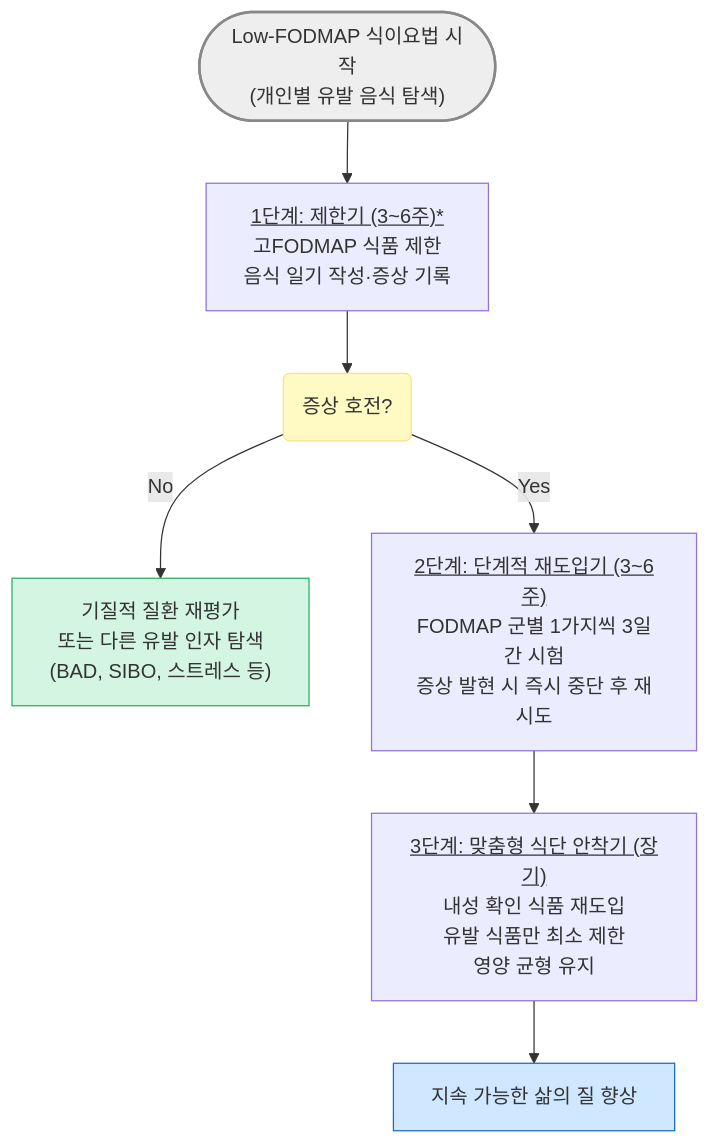
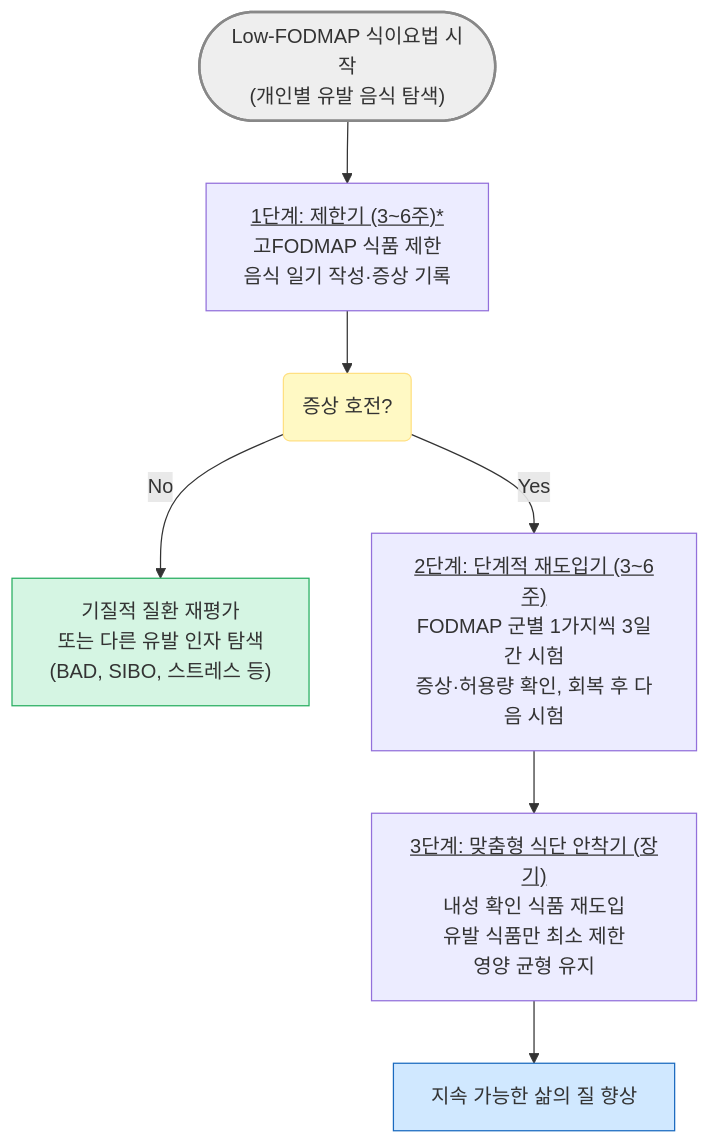
One commit to familyoh77/familyoh77 changed the second of 2 diagrams in 224_/087_-ibs.md. Above: the diagram before and after it, drawn with Mermaid. The commit also changed other lines of this file and 13 other files, not shown here.

````diff
--- a/224_/087_-ibs.md
+++ b/224_/087_-ibs.md
@@ -232,24 +236,24 @@
 ```mermaid
 graph TD
     Start(["Low-FODMAP 식이요법 시작<br>(개인별 유발 음식 탐색)"])
     P1["<u>1단계: 제한기 (3~6주)*</u><br>고FODMAP 식품 제한<br>음식 일기 작성·증상 기록"]
     Cond1("증상 호전?")
     P1_Fail["기질적 질환 재평가<br>또는 다른 유발 인자 탐색<br>(BAD, SIBO, 스트레스 등)"]
-    P2["<u>2단계: 단계적 재도입기 (3~6주)</u><br>FODMAP 군별 1가지씩 3일간 시험<br>증상 발현 시 즉시 중단 후 재시도"]
+    P2["<u>2단계: 단계적 재도입기 (3~6주)</u><br>FODMAP 군별 1가지씩 3일간 시험<br>증상·허용량 확인, 회복 후 다음 시험"]
     P3["<u>3단계: 맞춤형 식단 안착기 (장기)</u><br>내성 확인 식품 재도입<br>유발 식품만 최소 제한<br>영양 균형 유지"]
     End2["지속 가능한 삶의 질 향상"]
 
     Start --> P1
     P1 --> Cond1
     Cond1 -- "No" --> P1_Fail
     Cond1 -- "Yes" --> P2
     P2 --> P3
     P3 --> End2
 
 style Start fill:#eeeeee,stroke:#888888,stroke-width:2px
 classDef yellow fill:#fff9c4,stroke:#ffe082
 class Cond1 yellow
 classDef blue fill:#d0e8ff,stroke:#1a6abf
 class End2 blue
 style P1_Fail fill:#d5f5e3,stroke:#27ae60
 ```
````
